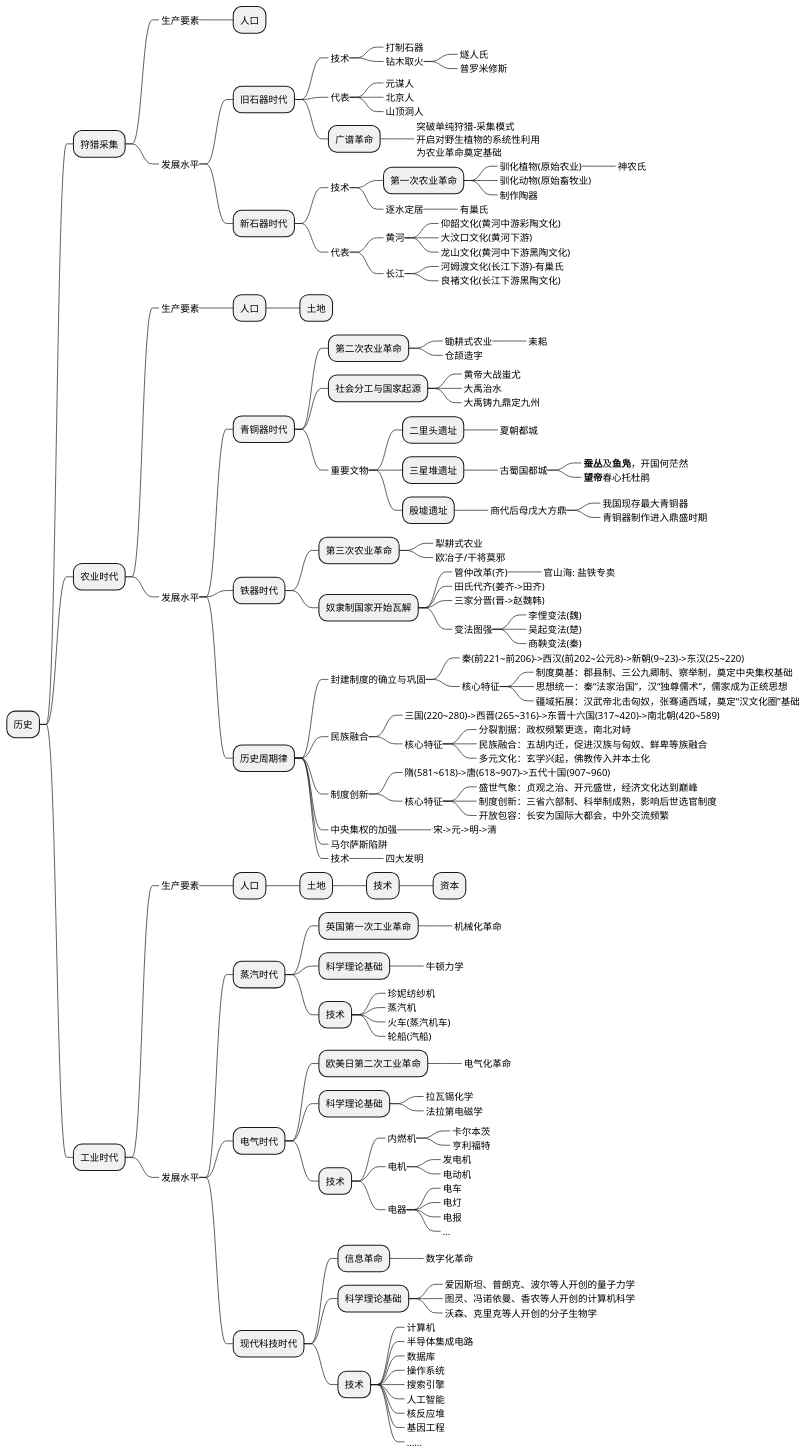
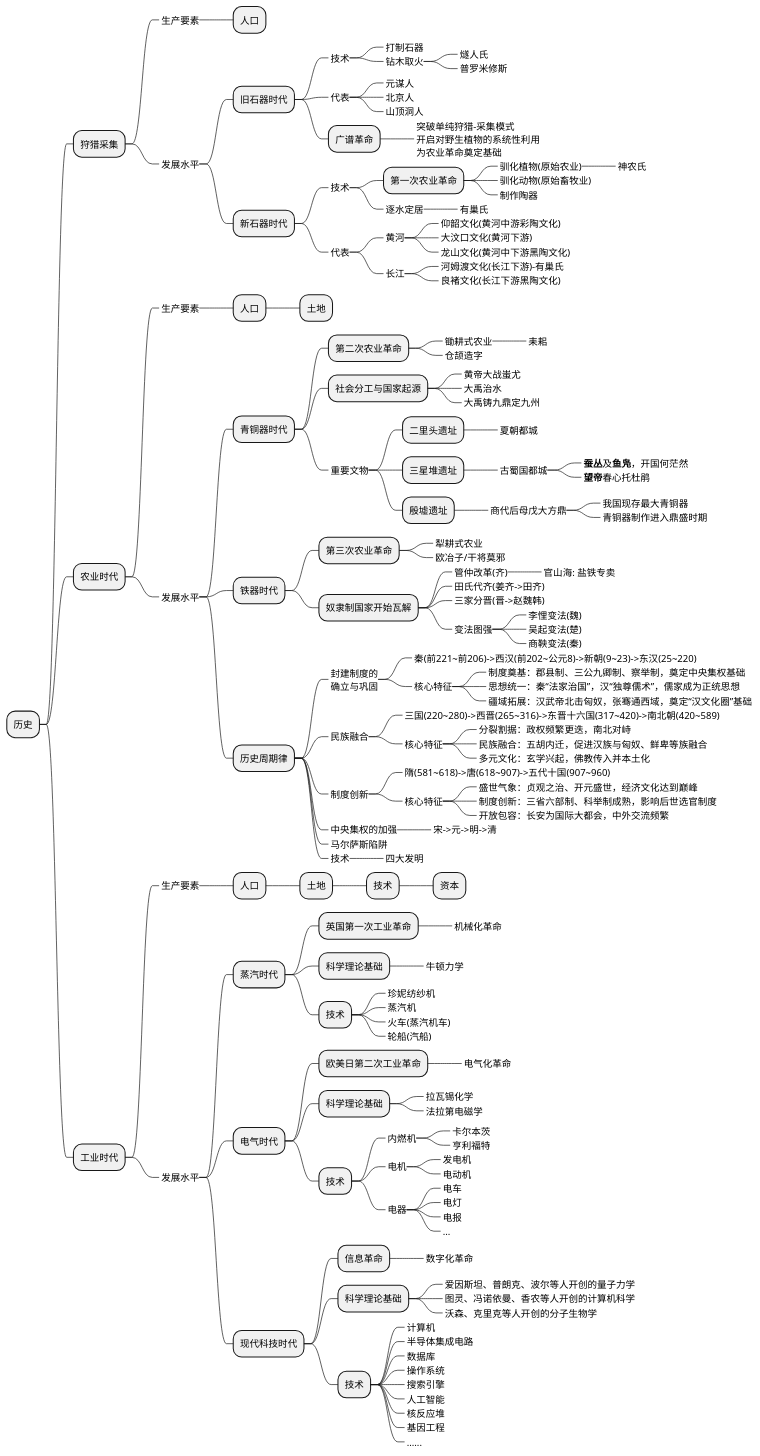
Before and after one commit to holmofy/blog.hufeifei.cn: the first of 2 diagrams in source/_posts/economic/economic_and_history.md, drawn with PlantUML.

```diff
--- a/source/_posts/economic/economic_and_history.md
+++ b/source/_posts/economic/economic_and_history.md
@@ -89,7 +89,7 @@
 +++++++_ 吴起变法(楚)
 +++++++_ 商鞅变法(秦)
 ++++ 历史周期律
-+++++_ 封建制度的确立与巩固
++++++_ 封建制度的\n确立与巩固
 ++++++_ 秦(前221~前206)->西汉(前202~公元8)->新朝(9~23)->东汉(25~220)
 ++++++_ 核心特征
 +++++++_ 制度奠基：郡县制、三公九卿制、察举制，奠定中央集权基础
```
